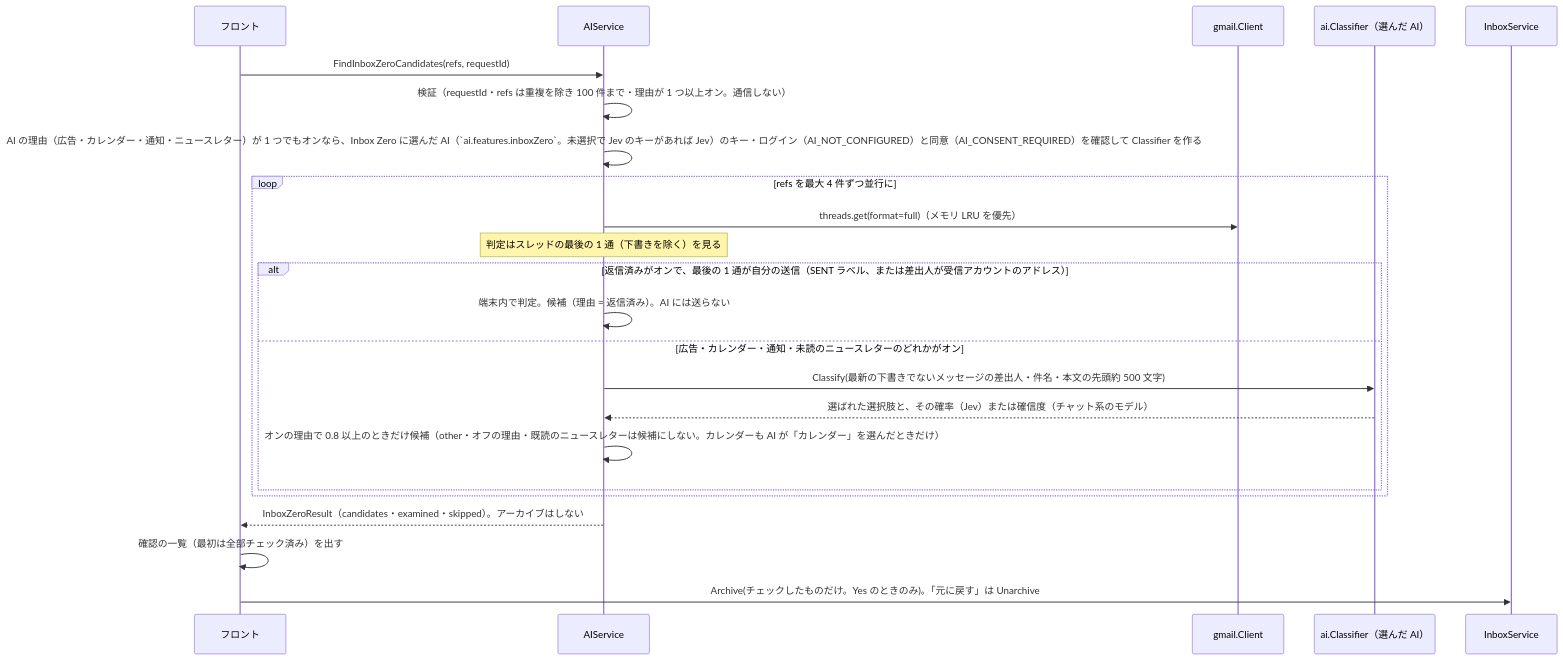
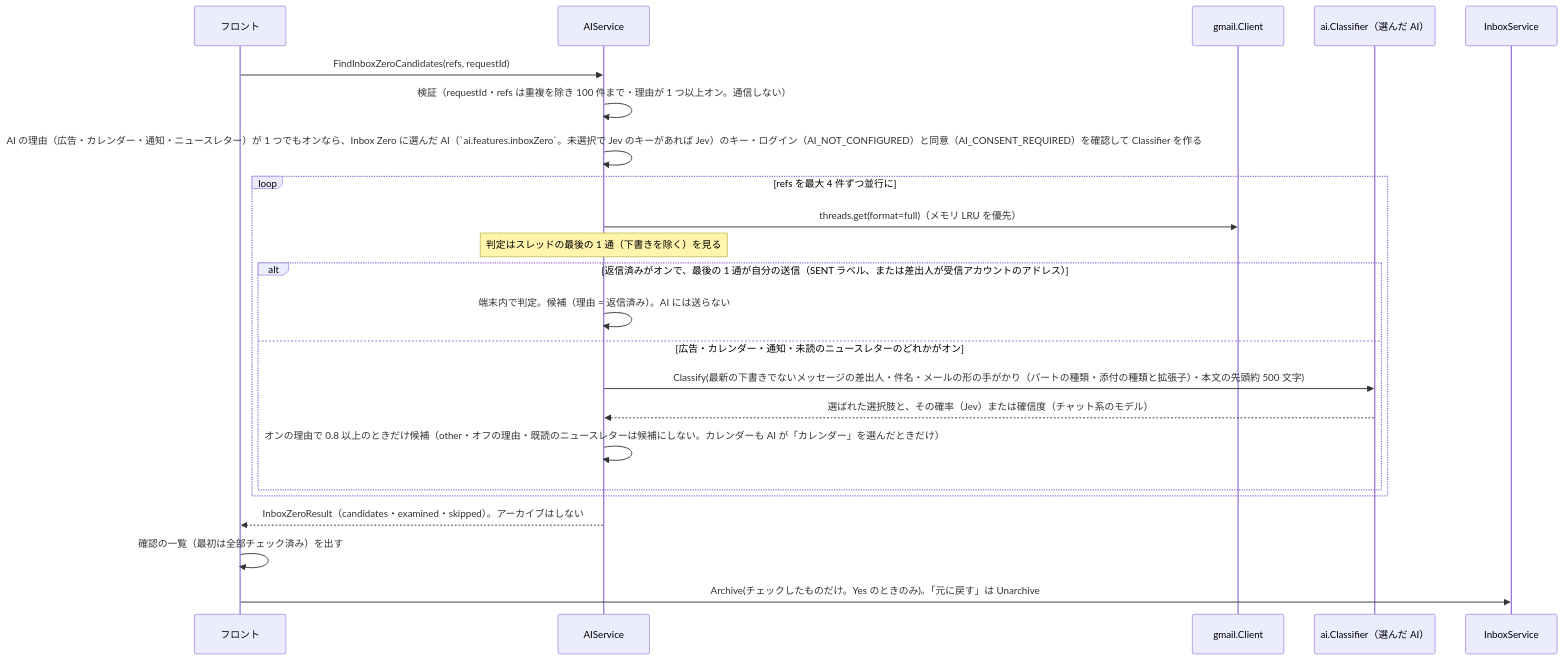
Before and after one commit to ousiassllc/hitomado: the tenth of 10 diagrams in docs/architecture/overview.md, drawn with Mermaid. The commit also changed 19 other files, not shown here.

````diff
--- a/docs/architecture/overview.md
+++ b/docs/architecture/overview.md
@@ -387,25 +387,25 @@
 ```mermaid
 sequenceDiagram
   participant FE as フロント
   participant AI as AIService
   participant GM as gmail.Client
   participant CL as ai.Classifier（選んだ AI）
   participant IS as InboxService
   FE->>AI: FindInboxZeroCandidates(refs, requestId)
   AI->>AI: 検証（requestId・refs は重複を除き 100 件まで・理由が 1 つ以上オン。通信しない）
   AI->>AI: AI の理由（広告・カレンダー・通知・ニュースレター）が 1 つでもオンなら、Inbox Zero に選んだ AI（`ai.features.inboxZero`。未選択で Jev のキーがあれば Jev）のキー・ログイン（AI_NOT_CONFIGURED）と同意（AI_CONSENT_REQUIRED）を確認して Classifier を作る
   loop refs を最大 4 件ずつ並行に
     AI->>GM: threads.get(format=full)（メモリ LRU を優先）
     Note over AI: 判定はスレッドの最後の 1 通（下書きを除く）を見る
     alt 返信済みがオンで、最後の 1 通が自分の送信（SENT ラベル、または差出人が受信アカウントのアドレス）
       AI->>AI: 端末内で判定。候補（理由 = 返信済み）。AI には送らない
     else 広告・カレンダー・通知・未読のニュースレターのどれかがオン
-      AI->>CL: Classify(最新の下書きでないメッセージの差出人・件名・本文の先頭約 500 文字)
+      AI->>CL: Classify(最新の下書きでないメッセージの差出人・件名・メールの形の手がかり（パートの種類・添付の種類と拡張子）・本文の先頭約 500 文字)
       CL-->>AI: 選ばれた選択肢と、その確率（Jev）または確信度（チャット系のモデル）
       AI->>AI: オンの理由で 0.8 以上のときだけ候補（other・オフの理由・既読のニュースレターは候補にしない。カレンダーも AI が「カレンダー」を選んだときだけ）
     end
   end
   AI-->>FE: InboxZeroResult（candidates・examined・skipped）。アーカイブはしない
   FE->>FE: 確認の一覧（最初は全部チェック済み）を出す
   FE->>IS: Archive(チェックしたものだけ。Yes のときのみ)。「元に戻す」は Unarchive
 ```
````
